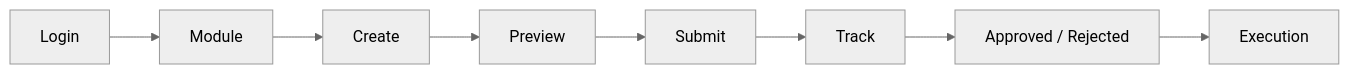
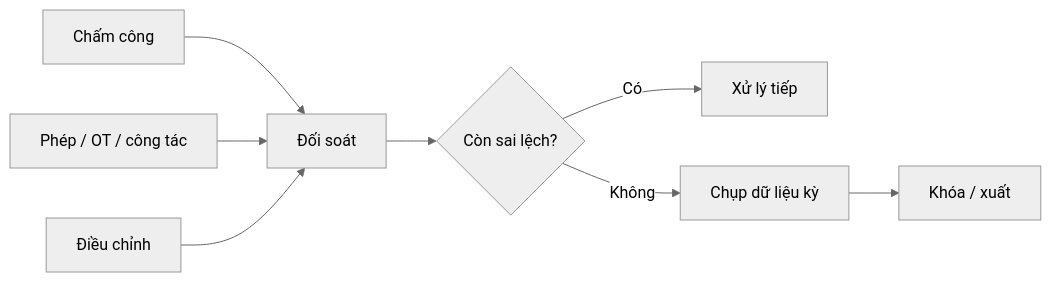
One commit to Nang0559/Reggister changed diagram 11 of 15 in MÔ HÌNH/DOCUMENTATION/07_PRESENTATION.md. Above: the diagram before and after it, drawn with Mermaid (neutral theme). The commit also changed other lines of this file and 256 other files, not shown here.

````diff
--- a/MÔ HÌNH/DOCUMENTATION/07_PRESENTATION.md
+++ b/MÔ HÌNH/DOCUMENTATION/07_PRESENTATION.md
@@ -438,10 +364,10 @@
 ```mermaid
 flowchart LR
-    LOGIN[Login] --> MODULE[Module]
-    MODULE --> CREATE[Create]
-    CREATE --> PRE[Preview]
-    PRE --> SUB[Submit]
-    SUB --> TRACK[Track]
-    TRACK --> RESULT[Approved / Rejected]
-    RESULT --> EXEC[Execution]
+    A[Chấm công] --> D[Đối soát]
+    B[Phép / OT / công tác] --> D
+    C[Điều chỉnh] --> D
+    D --> E{Còn sai lệch?}
+    E -->|Có| F[Xử lý tiếp]
+    E -->|Không| G[Chụp dữ liệu kỳ]
+    G --> H[Khóa / xuất]
 ```
````
